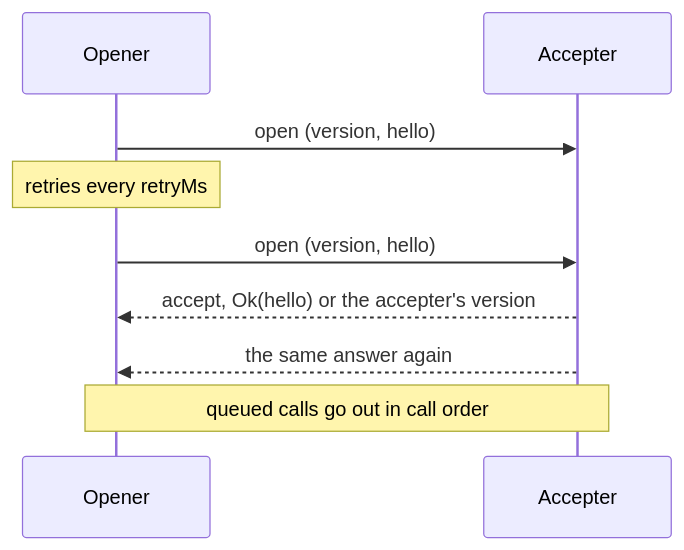
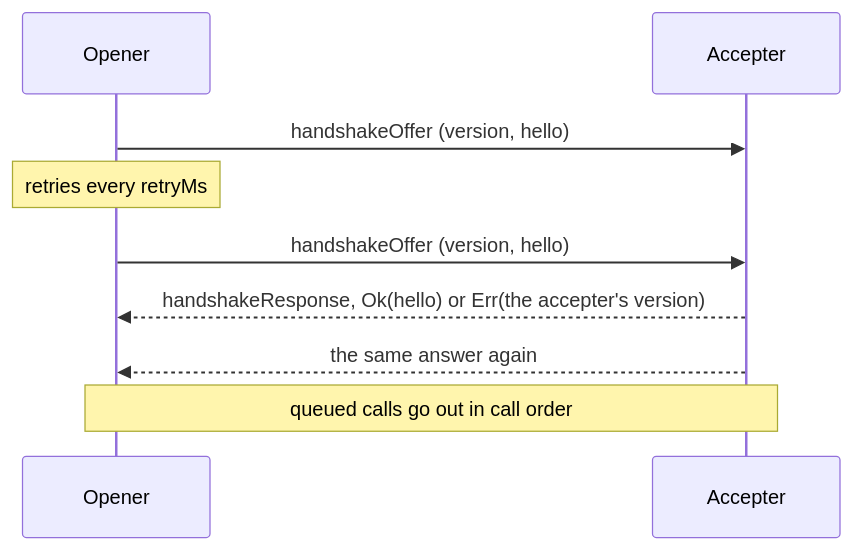
Before and after one commit to paritytech/dotli-community: the first of 3 diagrams in packages/transport/README.md, drawn with Mermaid. The commit also changed other lines of this file and 9 other files, not shown here.

First line of the commit message:
refactor(transport): the handshake frames are handshakeOffer and handshakeResponse

````diff
--- a/packages/transport/README.md
+++ b/packages/transport/README.md
@@ -41,11 +41,11 @@
 ```mermaid
 sequenceDiagram
   participant O as Opener
   participant A as Accepter
-  O->>A: open (version, hello)
+  O->>A: handshakeOffer (version, hello)
   Note over O: retries every retryMs
-  O->>A: open (version, hello)
-  A-->>O: accept, Ok(hello) or the accepter's version
+  O->>A: handshakeOffer (version, hello)
+  A-->>O: handshakeResponse, Ok(hello) or Err(the accepter's version)
   A-->>O: the same answer again
   Note over O,A: queued calls go out in call order
 ```
````
